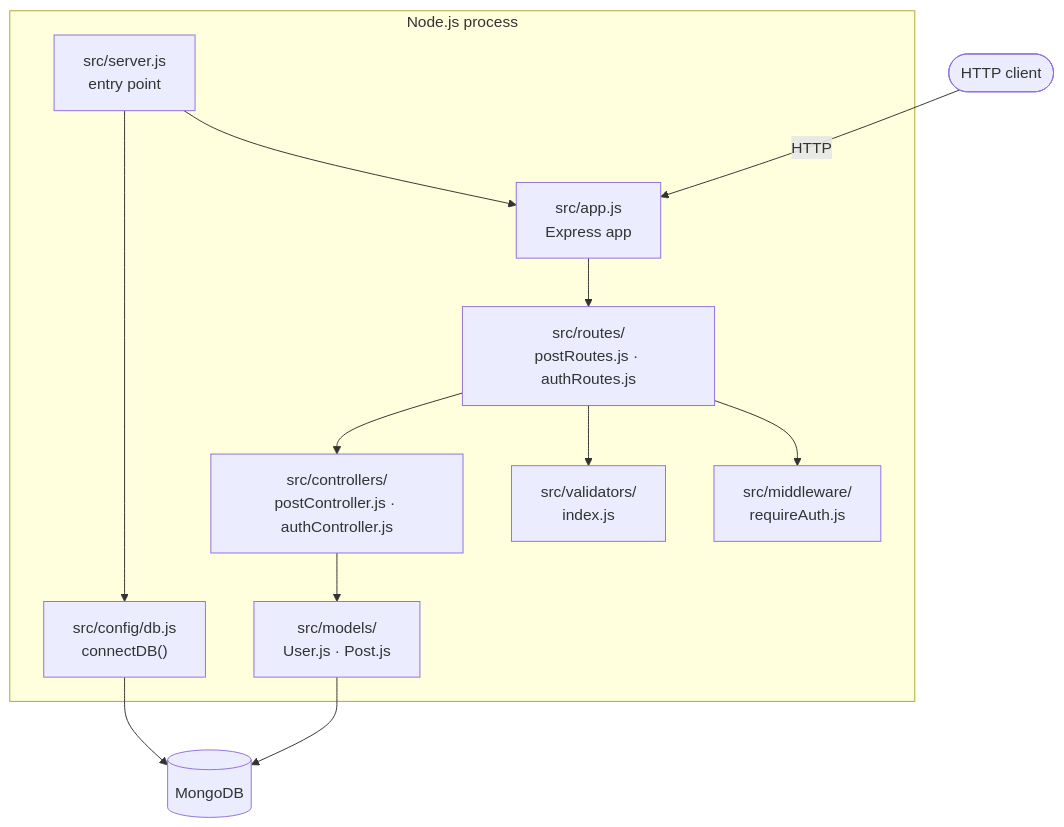
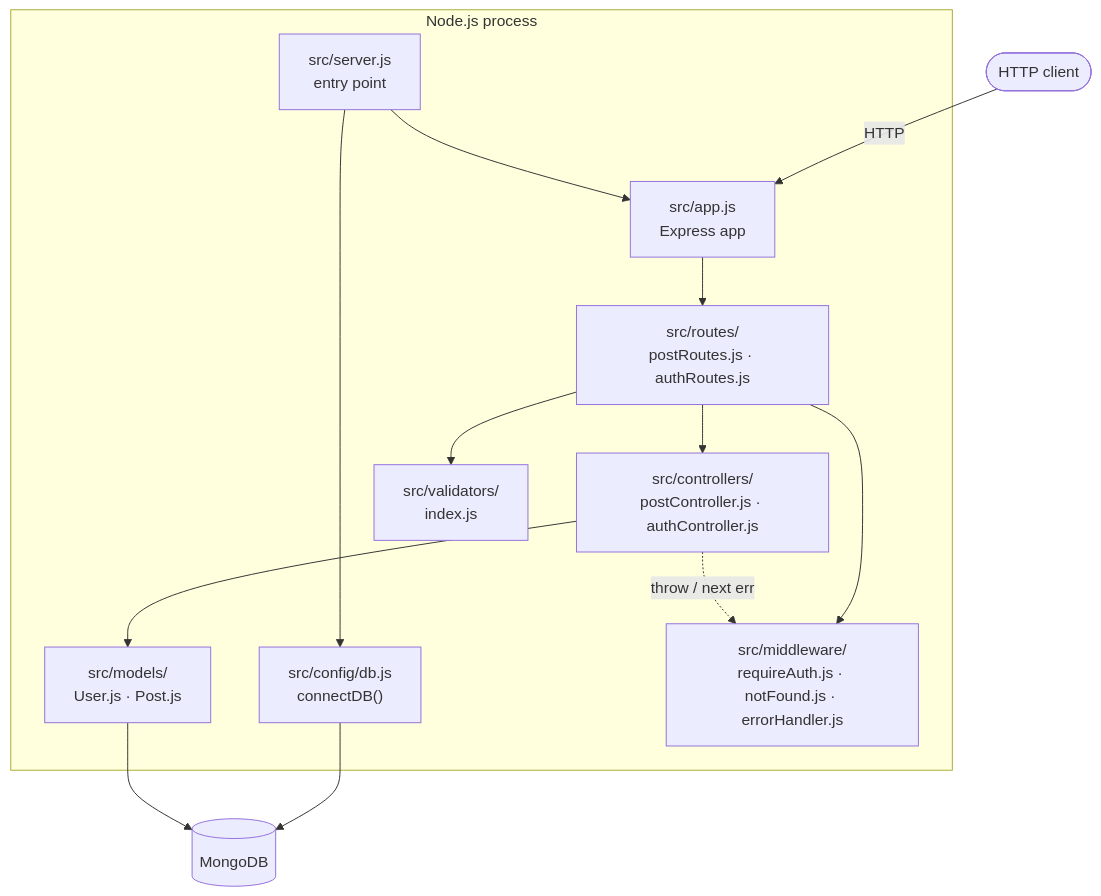
The first of 3 diagrams in docs/ARCHITECTURE.md (das77/nosql-db-backend), drawn with Mermaid before and after one commit. The commit also changed other lines of this file and 2 other files, not shown here.

Commit message:
feat: implement centralized error handling and update documentation

````diff
--- a/docs/ARCHITECTURE.md
+++ b/docs/ARCHITECTURE.md
@@ -12,28 +12,29 @@
 ```mermaid
 flowchart TD
     client([HTTP client])
 
     subgraph node["Node.js process"]
         server["src/server.js<br/>entry point"]
         app["src/app.js<br/>Express app"]
         db["src/config/db.js<br/>connectDB()"]
         models["src/models/<br/>User.js · Post.js"]
         routes["src/routes/<br/>postRoutes.js · authRoutes.js"]
         controllers["src/controllers/<br/>postController.js · authController.js"]
-        middleware["src/middleware/<br/>requireAuth.js"]
+        middleware["src/middleware/<br/>requireAuth.js · notFound.js · errorHandler.js"]
         validators["src/validators/<br/>index.js"]
     end
 
     mongo[(MongoDB)]
 
     client -->|HTTP| app
     server --> app
     server --> db
     db --> mongo
     models --> mongo
     app --> routes
     routes --> middleware
     routes --> validators
     routes --> controllers
     controllers --> models
+    controllers -.->|throw / next err| middleware
 ```
````
